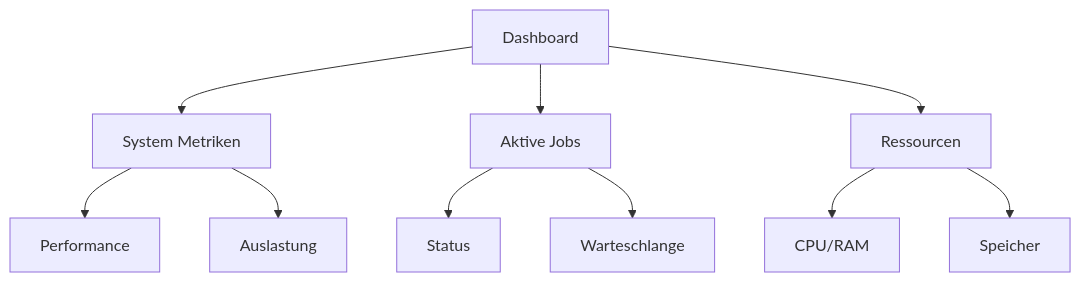
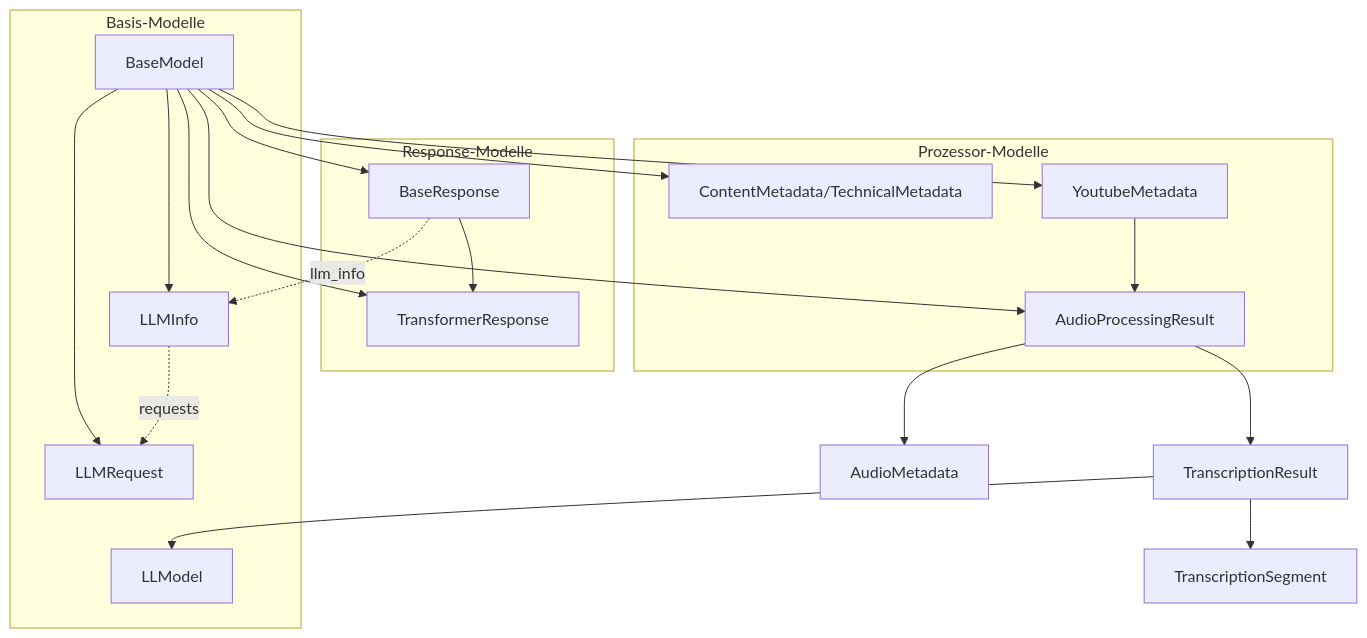
One commit to bCommonsLAB/CommonSecretaryServices changed the diagram in docs/05_types.md. Above: the diagram before and after it, drawn with Mermaid. The commit also changed other lines of this file and 55 other files, not shown here.

````diff
--- a/docs/05_types.md
+++ b/docs/05_types.md
@@ -25,12 +7,40 @@
 ```mermaid
 graph TD
-    A[Dashboard] --> B[System Metriken]
-    A --> C[Aktive Jobs]
-    A --> D[Ressourcen]
-    B --> E[Performance]
-    B --> F[Auslastung]
-    C --> G[Status]
-    C --> H[Warteschlange]
-    D --> I[CPU/RAM]
-    D --> J[Speicher]
+    Base[BaseModel] --> Response[BaseResponse]
+    Base --> Meta[ContentMetadata/TechnicalMetadata]
+    Base --> Audio[AudioProcessingResult]
+    Base --> YT[YoutubeMetadata]
+    Base --> Trans[TransformerResponse]
+    Base --> LLMReq[LLMRequest]
+    Base --> LLMInfo[LLMInfo]
+    
+    Response --> Trans
+    Response -.-> |llm_info| LLMInfo
+    LLMInfo -.-> |requests| LLMReq
+    
+    Audio --> TR[TranscriptionResult]
+    Audio --> AM[AudioMetadata]
+    
+    TR --> LLM[LLModel]
+    TR --> TS[TranscriptionSegment]
+    
+    YT --> Audio
+    
+    subgraph "Basis-Modelle"
+        Base
+        LLM
+        LLMReq
+        LLMInfo
+    end
+    
+    subgraph "Response-Modelle"
+        Response
+        Trans
+    end
+    
+    subgraph "Prozessor-Modelle"
+        Audio
+        YT
+        Meta
+    end
 ```
````
